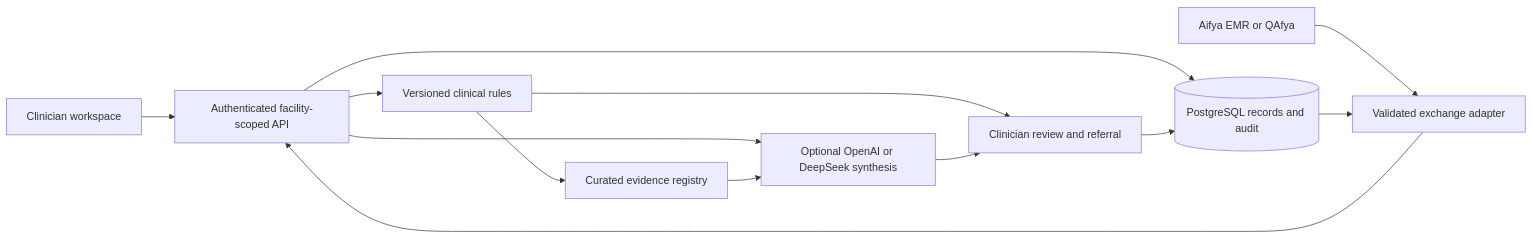
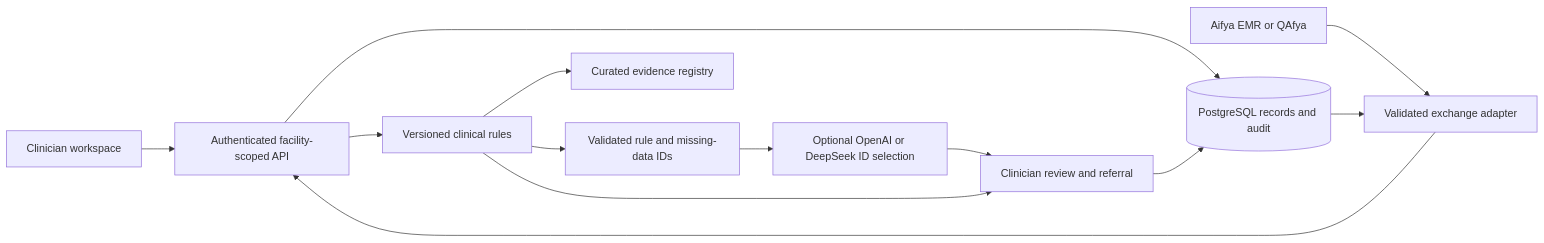
The diagram in docs/blueprint.md (JGitaka123/NCDAI_2.0), drawn with Mermaid before and after one commit. The commit also changed other lines of this file and 34 other files, not shown here.

````diff
--- a/docs/blueprint.md
+++ b/docs/blueprint.md
@@ -54,15 +54,15 @@
 ```mermaid
 flowchart LR
     UI[Clinician workspace] --> API[Authenticated facility-scoped API]
     EMR[Aifya EMR or QAfya] --> AD[Validated exchange adapter]
     AD --> API
     API --> DB[(PostgreSQL records and audit)]
     API --> RULES[Versioned clinical rules]
     RULES --> EV[Curated evidence registry]
-    API --> AI[Optional OpenAI or DeepSeek synthesis]
-    EV --> AI
+    RULES --> IDS[Validated rule and missing-data IDs]
+    IDS --> AI[Optional OpenAI or DeepSeek ID selection]
     RULES --> REVIEW[Clinician review and referral]
     AI --> REVIEW
     REVIEW --> DB
     DB --> AD
 ```
````
